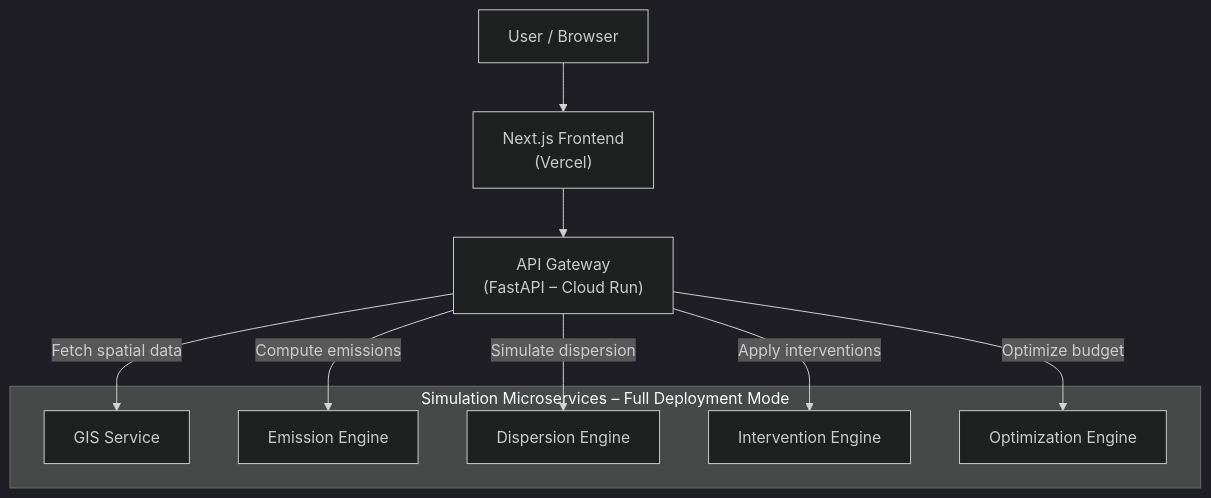
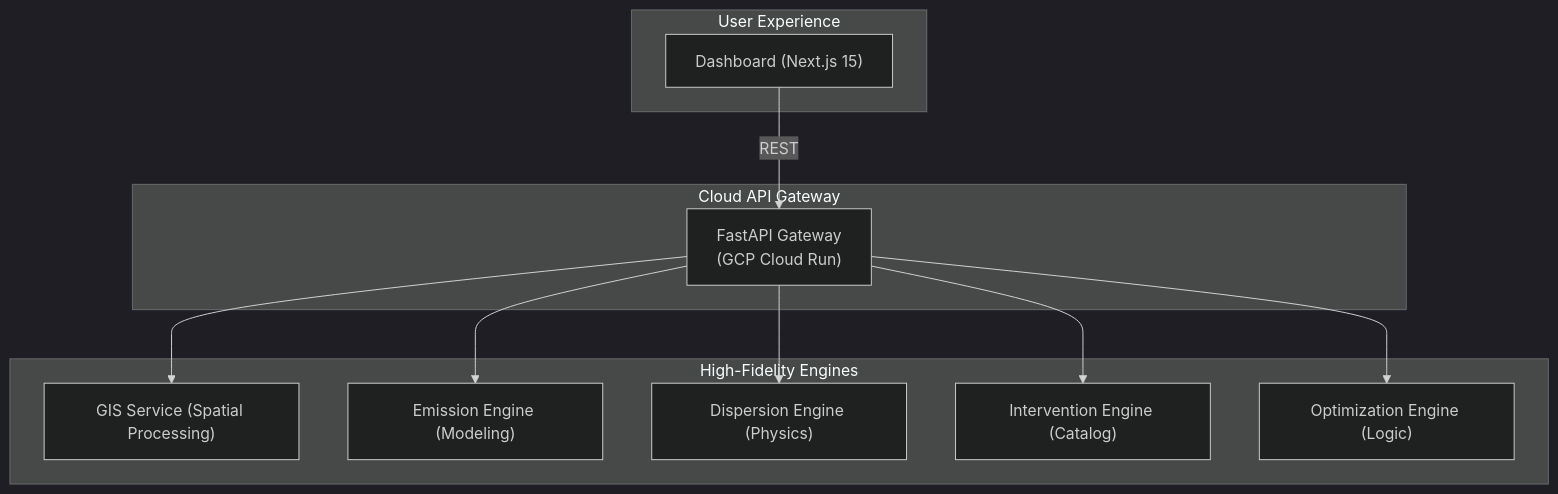
One commit to PrayasNASA/urban-carbon-twin changed the diagram in README.md. Above: the diagram before and after it, drawn with Mermaid (dark theme). The commit also changed other lines of this file and 1 other file, not shown here.

````diff
--- a/README.md
+++ b/README.md
@@ -38,19 +35,21 @@
 ```mermaid
 flowchart TD
-    U["User / Browser"] --> F["Next.js Frontend<br/>(Vercel)"]
-    F --> G["API Gateway<br/>(FastAPI – Cloud Run)"]
-
-    subgraph Simulation_Engines [Simulation Microservices – Full Deployment Mode]
-        GIS["GIS Service"]
-        EM["Emission Engine"]
-        DP["Dispersion Engine"]
-        IN["Intervention Engine"]
-        OP["Optimization Engine"]
+    subgraph Frontend_Layer [User Experience]
+        U["Dashboard (Next.js 15)"]
     end
 
-    G -->|Fetch spatial data| GIS
-    G -->|Compute emissions| EM
-    G -->|Simulate dispersion| DP
-    G -->|Apply interventions| IN
-    G -->|Optimize budget| OP
+    subgraph Orchestration_Layer [Cloud API Gateway]
+        G["FastAPI Gateway<br/>(GCP Cloud Run)"]
+    end
+
+    subgraph Simulation_Core [High-Fidelity Engines]
+        GIS["GIS Service (Spatial Processing)"]
+        EM["Emission Engine (Modeling)"]
+        DP["Dispersion Engine (Physics)"]
+        IN["Intervention Engine (Catalog)"]
+        OP["Optimization Engine (Logic)"]
+    end
+
+    U -->|REST| G
+    G --> GIS & EM & DP & IN & OP
 ```
````
